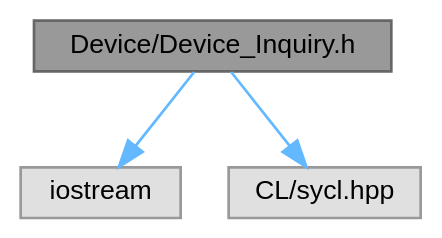
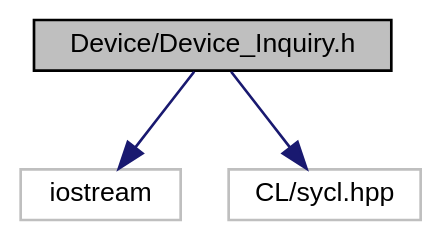
Before and after one commit to OsmanAEG/PySYCL: the diagram in docs/PySYCL_doxygen_html/_device___inquiry_8h__incl.dot, drawn with Graphviz. The commit also changed 129 other files, not shown here.

```diff
--- a/docs/PySYCL_doxygen_html/_device___inquiry_8h__incl.dot
+++ b/docs/PySYCL_doxygen_html/_device___inquiry_8h__incl.dot
@@ -1,13 +1,13 @@
 digraph "Device/Device_Inquiry.h"
 {
  // INTERACTIVE_SVG=YES
  // LATEX_PDF_SIZE
   bgcolor="transparent";
-  edge [fontname=Helvetica,fontsize=10,labelfontname=Helvetica,labelfontsize=10];
-  node [fontname=Helvetica,fontsize=10,shape=box,height=0.2,width=0.4];
-  Node1 [id="Node000001",label="Device/Device_Inquiry.h",height=0.2,width=0.4,color="gray40", fillcolor="grey60", style="filled", fontcolor="black",tooltip="Collecting SYCL device availability and information."];
-  Node1 -> Node2 [id="edge1_Node000001_Node000002",color="steelblue1",style="solid",tooltip=" "];
-  Node2 [id="Node000002",label="iostream",height=0.2,width=0.4,color="grey60", fillcolor="#E0E0E0", style="filled",tooltip=" "];
-  Node1 -> Node3 [id="edge2_Node000001_Node000003",color="steelblue1",style="solid",tooltip=" "];
-  Node3 [id="Node000003",label="CL/sycl.hpp",height=0.2,width=0.4,color="grey60", fillcolor="#E0E0E0", style="filled",tooltip=" "];
+  edge [fontname="Helvetica",fontsize="10",labelfontname="Helvetica",labelfontsize="10"];
+  node [fontname="Helvetica",fontsize="10",shape=record];
+  Node1 [label="Device/Device_Inquiry.h",height=0.2,width=0.4,color="black", fillcolor="grey75", style="filled", fontcolor="black",tooltip="Collecting SYCL device availability and information."];
+  Node1 -> Node2 [color="midnightblue",fontsize="10",style="solid",fontname="Helvetica"];
+  Node2 [label="iostream",height=0.2,width=0.4,color="grey75",tooltip=" "];
+  Node1 -> Node3 [color="midnightblue",fontsize="10",style="solid",fontname="Helvetica"];
+  Node3 [label="CL/sycl.hpp",height=0.2,width=0.4,color="grey75",tooltip=" "];
 }
```
